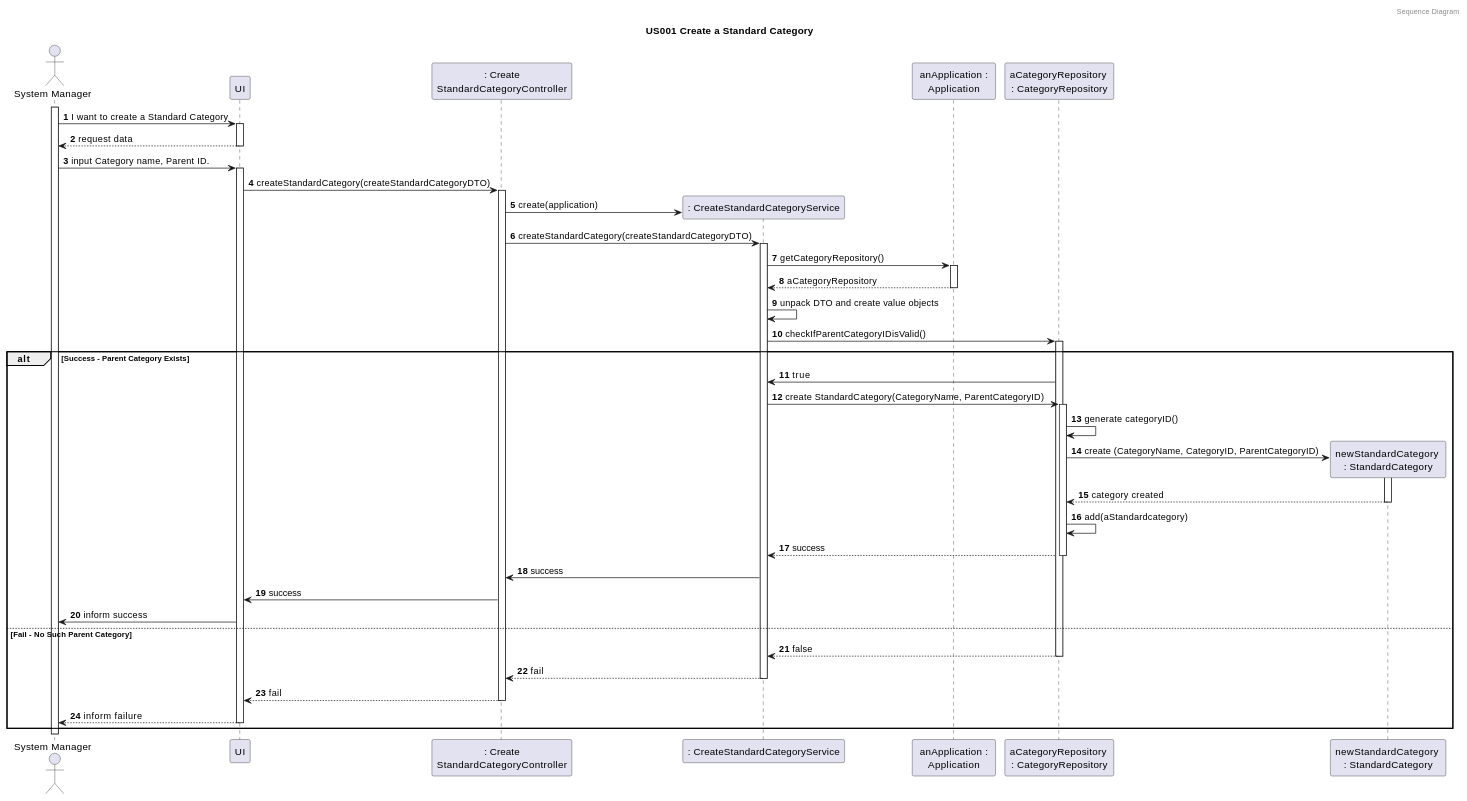
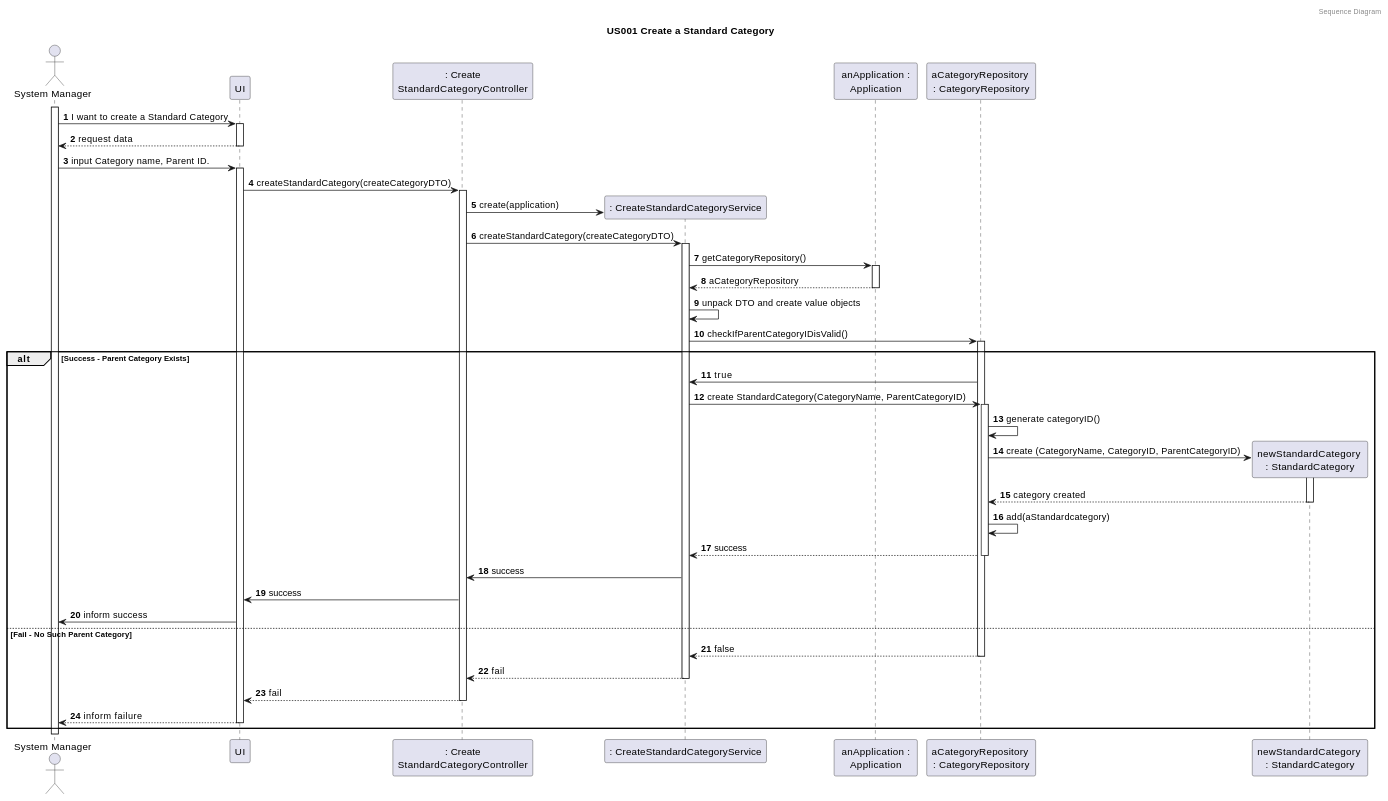
Before and after one commit to tomas-osswald/switch_2020_g3: the third of 4 diagrams in docs/sprint4/user_stories/US001_CreateStandarCategory.md, drawn with PlantUML. The commit also changed 25 other files, not shown here.

`````diff
--- a/docs/sprint4/user_stories/US001_CreateStandarCategory.md
+++ b/docs/sprint4/user_stories/US001_CreateStandarCategory.md
@@ -101,59 +101,59 @@
 ````puml
 @startuml
 autonumber
 header Sequence Diagram
 title US001 Create a Standard Category
 actor "System Manager" as systemManager
 participant "UI" as UI
 participant ": Create\nStandardCategoryController" as controller
 participant ": CreateStandardCategoryService" as service
 participant " anApplication : \nApplication" as app
 participant "aCategoryRepository \n: CategoryRepository" as repository
 participant "newStandardCategory \n: StandardCategory" as scategory
 
 activate systemManager
 systemManager -> UI: I want to create a Standard Category
 activate UI
 return request data
 systemManager -> UI : input Category name, Parent ID.
 activate UI
-UI -> controller : createStandardCategory(createStandardCategoryDTO)
+UI -> controller : createStandardCategory(createCategoryDTO)
 activate controller
 controller -> service** : create(application)
-controller -> service : createStandardCategory(createStandardCategoryDTO)
+controller -> service : createStandardCategory(createCategoryDTO)
 activate service
 
 service -> app : getCategoryRepository()
 activate app
 return aCategoryRepository
 
 service -> service: unpack DTO and create value objects
 service -> repository: checkIfParentCategoryIDisValid()
 activate repository
 
 alt Success - Parent Category Exists
 
 repository -> service: true
 service -> repository: create StandardCategory(CategoryName, ParentCategoryID)
 activate repository
 repository -> repository: generate categoryID()
 repository -> scategory**: create (CategoryName, CategoryID, ParentCategoryID)
 activate scategory
 return category created
 repository -> repository : add(aStandardcategory)
 return success
 service -> controller: success
 controller -> UI: success
 UI -> systemManager: inform success
 
 else Fail - No Such Parent Category
 
 return false
 return fail
 return fail
 return inform failure
 
 end
 
 @enduml
 ````
`````
